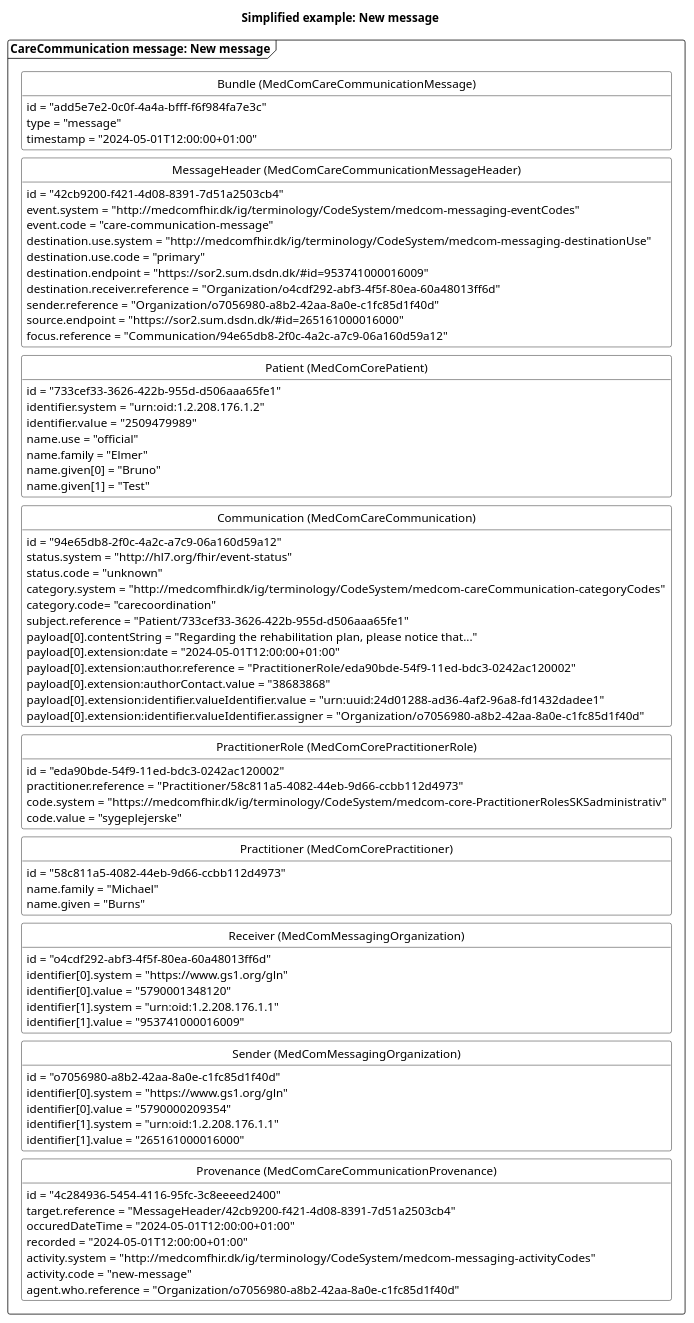
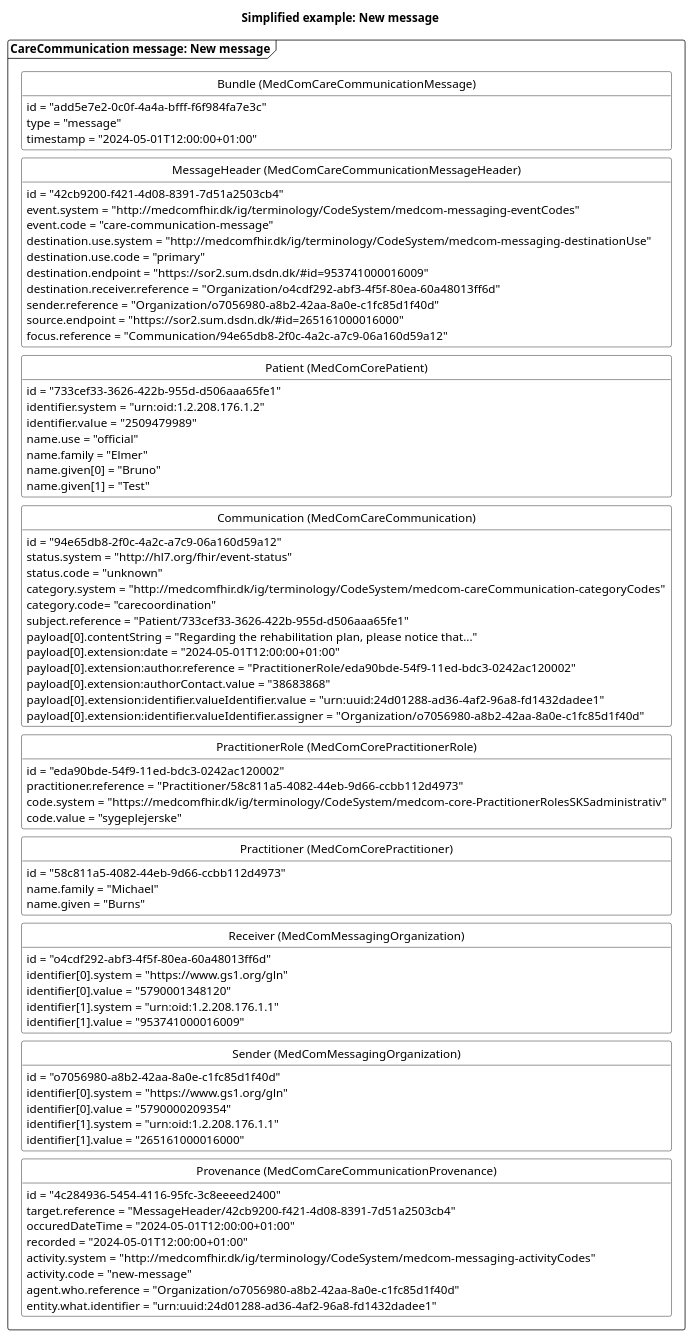
One commit to medcomdk/dk-medcom-carecommunication changed the diagram in puml/CareCommunicationNewMessage.puml. Above: the diagram before and after it, drawn with PlantUML. The commit also changed 21 other files, not shown here.

```diff
--- a/puml/CareCommunicationNewMessage.puml
+++ b/puml/CareCommunicationNewMessage.puml
@@ -1,105 +1,106 @@
 @startuml CCNewMessage
 
 'layout
 skinparam class {
     BackgroundColor White
     BorderColor Black
     ArrowColor Black
   }
 hide circle
 hide empty members
 skinparam SameClassWidth true
 skinparam Ranksep 10
 
 
 'title
 title Simplified example: New message
 
 'Message 1: New message
 package "CareCommunication message: New message" as new <<Frame>>{
     class "Bundle (MedComCareCommunicationMessage)" as newB {
         id = "add5e7e2-0c0f-4a4a-bfff-f6f984fa7e3c"
         type = "message"
         timestamp = "2024-05-01T12:00:00+01:00"
     }
     class "MessageHeader (MedComCareCommunicationMessageHeader)" as newMH{
         id = "42cb9200-f421-4d08-8391-7d51a2503cb4"
         event.system = "http://medcomfhir.dk/ig/terminology/CodeSystem/medcom-messaging-eventCodes"
         event.code = "care-communication-message"
         destination.use.system = "http://medcomfhir.dk/ig/terminology/CodeSystem/medcom-messaging-destinationUse"
         destination.use.code = "primary"
         destination.endpoint = "https://sor2.sum.dsdn.dk/#id=953741000016009"
         destination.receiver.reference = "Organization/o4cdf292-abf3-4f5f-80ea-60a48013ff6d"
         sender.reference = "Organization/o7056980-a8b2-42aa-8a0e-c1fc85d1f40d"
         source.endpoint = "https://sor2.sum.dsdn.dk/#id=265161000016000"
         focus.reference = "Communication/94e65db8-2f0c-4a2c-a7c9-06a160d59a12"
     }
     class "Patient (MedComCorePatient)" as newPT{
         id = "733cef33-3626-422b-955d-d506aaa65fe1"
         identifier.system = "urn:oid:1.2.208.176.1.2"
         identifier.value = "2509479989"
         name.use = "official"
         name.family = "Elmer"
         name.given[0] = "Bruno"
         name.given[1] = "Test"
     }
     class "Communication (MedComCareCommunication)" as newCom{
         id = "94e65db8-2f0c-4a2c-a7c9-06a160d59a12"
         status.system = "http://hl7.org/fhir/event-status" 
         status.code = "unknown"
         category.system = "http://medcomfhir.dk/ig/terminology/CodeSystem/medcom-careCommunication-categoryCodes"
         category.code= "carecoordination"
         subject.reference = "Patient/733cef33-3626-422b-955d-d506aaa65fe1"
         payload[0].contentString = "Regarding the rehabilitation plan, please notice that..."
         payload[0].extension:date = "2024-05-01T12:00:00+01:00"
         payload[0].extension:author.reference = "PractitionerRole/eda90bde-54f9-11ed-bdc3-0242ac120002"
         payload[0].extension:authorContact.value = "38683868"
         payload[0].extension:identifier.valueIdentifier.value = "urn:uuid:24d01288-ad36-4af2-96a8-fd1432dadee1"
         payload[0].extension:identifier.valueIdentifier.assigner = "Organization/o7056980-a8b2-42aa-8a0e-c1fc85d1f40d"
     }
     class "PractitionerRole (MedComCorePractitionerRole)" as newPracR{
         id = "eda90bde-54f9-11ed-bdc3-0242ac120002"
         practitioner.reference = "Practitioner/58c811a5-4082-44eb-9d66-ccbb112d4973"
         code.system = "https://medcomfhir.dk/ig/terminology/CodeSystem/medcom-core-PractitionerRolesSKSadministrativ"
         code.value = "sygeplejerske"
     }
     class "Practitioner (MedComCorePractitioner)" as newPrac{
         id = "58c811a5-4082-44eb-9d66-ccbb112d4973"
         name.family = "Michael"
         name.given = "Burns"
     }
     class "Receiver (MedComMessagingOrganization)" as newROrg{
         id = "o4cdf292-abf3-4f5f-80ea-60a48013ff6d"
         identifier[0].system = "https://www.gs1.org/gln"
         identifier[0].value = "5790001348120"
         identifier[1].system = "urn:oid:1.2.208.176.1.1"
         identifier[1].value = "953741000016009"
     }
     class "Sender (MedComMessagingOrganization)" as newSOrg{
         id = "o7056980-a8b2-42aa-8a0e-c1fc85d1f40d"
         identifier[0].system = "https://www.gs1.org/gln"
         identifier[0].value = "5790000209354"
         identifier[1].system = "urn:oid:1.2.208.176.1.1"
         identifier[1].value = "265161000016000"
     }
     class "Provenance (MedComCareCommunicationProvenance)" as newPRO{
         id = "4c284936-5454-4116-95fc-3c8eeeed2400"
         target.reference = "MessageHeader/42cb9200-f421-4d08-8391-7d51a2503cb4"
         occuredDateTime = "2024-05-01T12:00:00+01:00"
         recorded = "2024-05-01T12:00:00+01:00"
         activity.system = "http://medcomfhir.dk/ig/terminology/CodeSystem/medcom-messaging-activityCodes"
         activity.code = "new-message"
         agent.who.reference = "Organization/o7056980-a8b2-42aa-8a0e-c1fc85d1f40d"
+        entity.what.identifier = "urn:uuid:24d01288-ad36-4af2-96a8-fd1432dadee1"
     }
 
 newB -[hidden]- newMH
 newMH -[hidden]-newPT
 newPT-[hidden]-newCom
 newCom -[hidden]-newPracR
 newPracR-[hidden]-newPrac
 newPrac-[hidden]-newROrg
 newROrg-[hidden]- newSOrg
 newSOrg-[hidden]-newPRO
 
 
 @enduml
```
